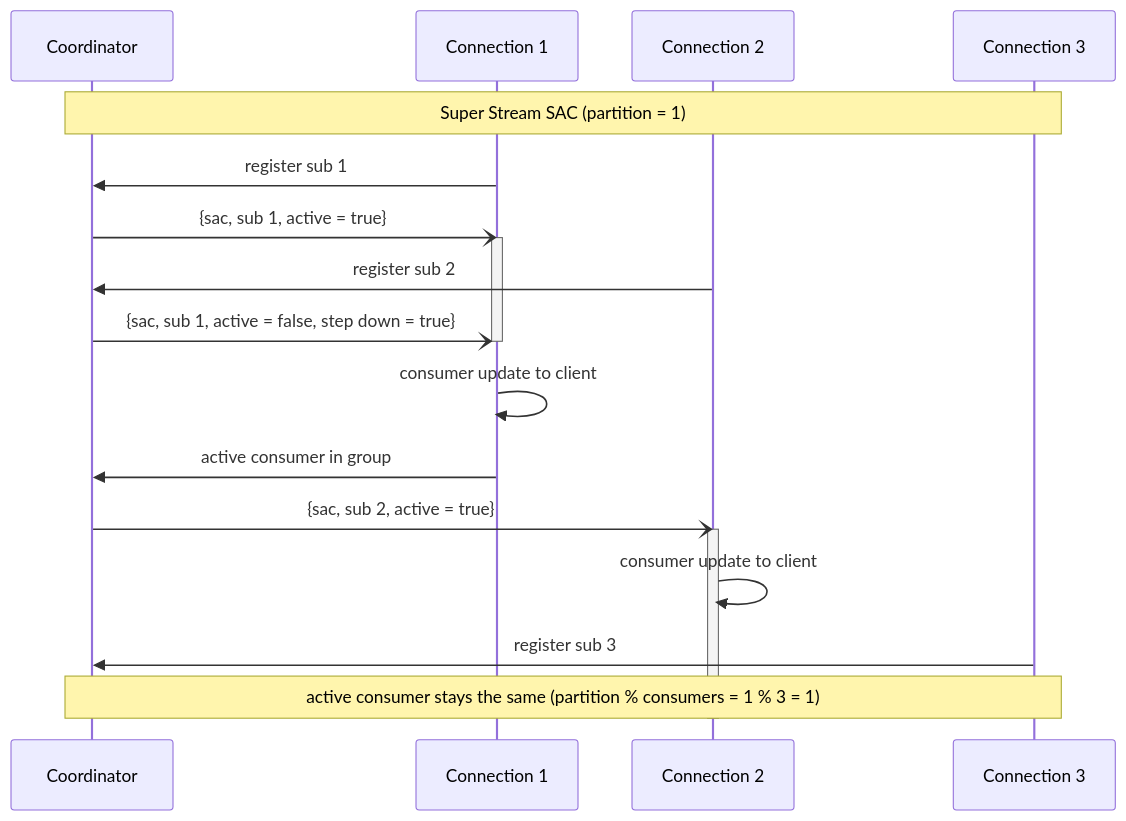
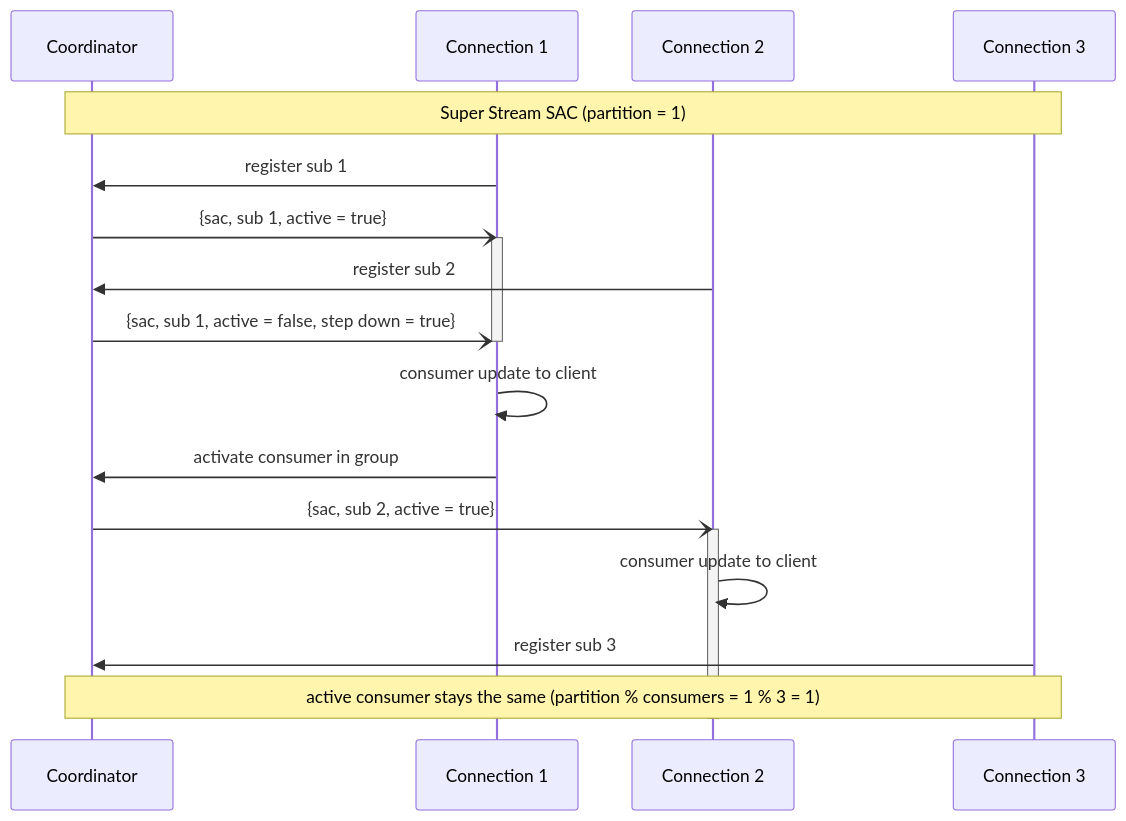
One commit to rabbitmq/rabbitmq-server changed the second of 4 diagrams in deps/rabbitmq_stream/docs/stream_coordinator.md. Above: the diagram before and after it, drawn with Mermaid. The commit also changed 2 other files, not shown here.

Commit message:
Reconcile stream SAC group when forgotten active consumer comes back

````diff
--- a/deps/rabbitmq_stream/docs/stream_coordinator.md
+++ b/deps/rabbitmq_stream/docs/stream_coordinator.md
@@ -30,22 +30,22 @@
 ```mermaid
 sequenceDiagram
     participant C as Coordinator
     participant C1 as Connection 1
     participant C2 as Connection 2
     participant C3 as Connection 3
     Note over C,C3: Super Stream SAC (partition = 1)
     C1->>C: register sub 1
     C-)C1: {sac, sub 1, active = true}
     activate C1
     C2->>C: register sub 2
     C-)C1: {sac, sub 1, active = false, step down = true}
     deactivate C1
     C1->>C1: consumer update to client
-    C1->>C: active consumer in group
+    C1->>C: activate consumer in group
     C-)C2: {sac, sub 2, active = true}
     activate C2
     C2->>C2: consumer update to client
     C3->>C: register sub 3
     Note over C, C3: active consumer stays the same (partition % consumers = 1 % 3 = 1)
     deactivate C2
 ```
````
